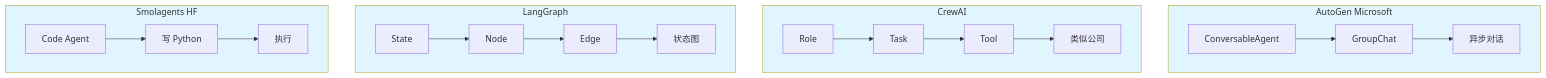
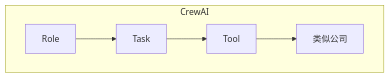
The fifth of 9 diagrams in zh/教辅/信息图/第23章.md (godlockin/maths-cs-ai-compendium), drawn with Mermaid before and after one commit. The commit also changed 12 other files, not shown here.

First line of the commit message:
jiaofu: 信息图 13 章内容修正

````diff
--- a/zh/教辅/信息图/第23章.md
+++ b/zh/教辅/信息图/第23章.md
@@ -77,27 +85,8 @@
 ```mermaid
 flowchart TB
-  subgraph AUTOGEN[AutoGen Microsoft]
-    A1[ConversableAgent] --> A2[GroupChat]
-    A2 --> A3[异步对话]
-  end
-
   subgraph CREW[CrewAI]
     B1[Role] --> B2[Task]
     B2 --> B3[Tool]
     B3 --> B4[类似公司]
   end
-
-  subgraph LG[LangGraph]
-    C1[State] --> C2[Node]
-    C2 --> C3[Edge]
-    C3 --> C4[状态图]
-  end
-
-  subgraph SMOL[Smolagents HF]
-    D1[Code Agent] --> D2[写 Python]
-    D2 --> D3[执行]
-  end
-
-  classDef fr fill:#e1f5ff
-  class AUTOGEN,CREW,LG,SMOL fr
 ```
````
